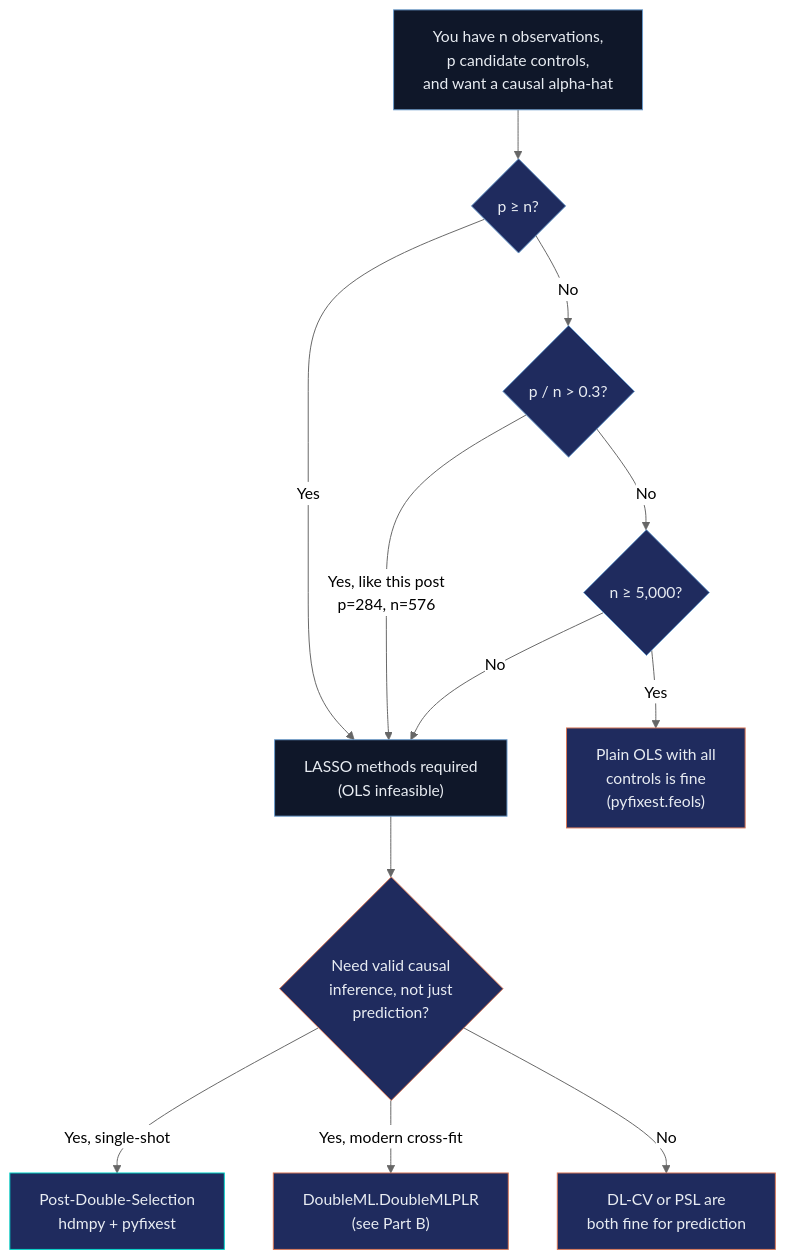
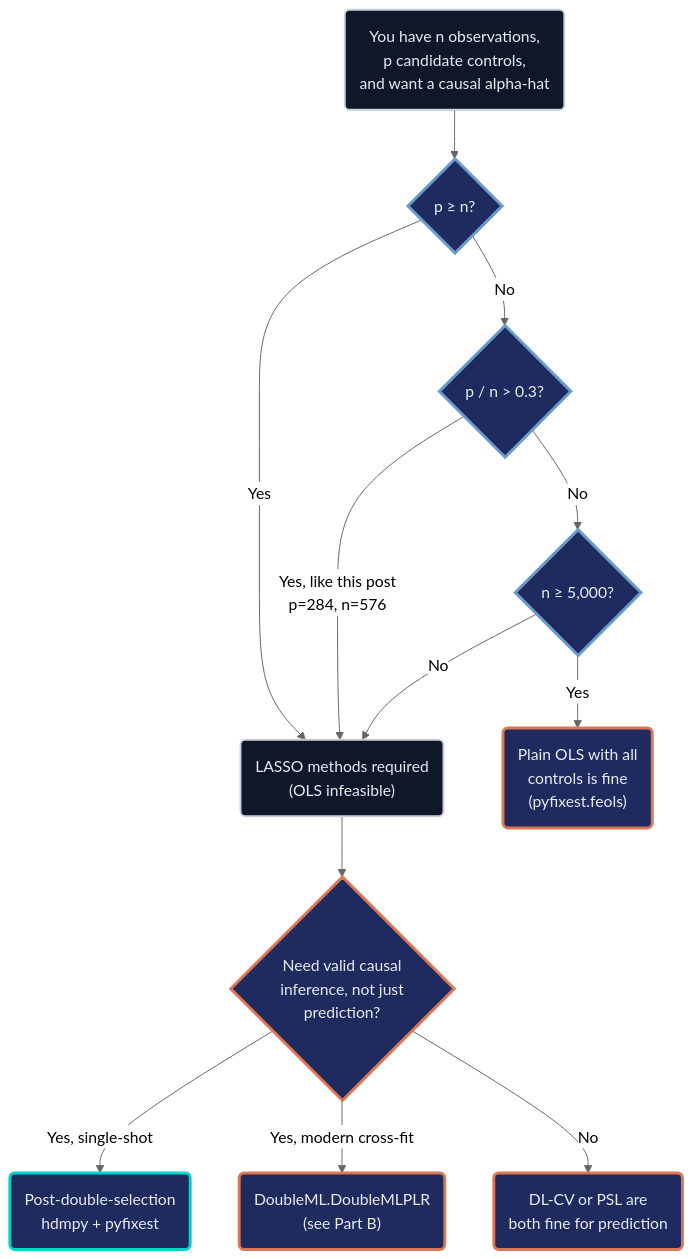
Before and after one commit to cmg777/starter-academic-v501: the second of 2 diagrams in content/post/python_double_lasso/index.md, drawn with Mermaid (neutral theme). The commit also changed other lines of this file and 16 other files, not shown here.

First line of the commit message:
content(mermaid): restyle flowcharts in Python posts, batch 1 of 2

````diff
--- a/content/post/python_double_lasso/index.md
+++ b/content/post/python_double_lasso/index.md
@@ -464,28 +464,28 @@
 ```mermaid
 flowchart TD
-    Start["You have n observations,<br/>p candidate controls,<br/>and want a causal alpha-hat"] --> Q1{"p &ge; n?"}
-    Q1 -->|Yes| L["LASSO methods required<br/>(OLS infeasible)"]
+    Start("You have n observations,<br/>p candidate controls,<br/>and want a causal alpha-hat") --> Q1{"p &ge; n?"}
+    Q1 -->|Yes| L("LASSO methods required<br/>(OLS infeasible)")
     Q1 -->|No| Q2{"p / n &gt; 0.3?"}
     Q2 -->|Yes, like this post<br/>p=284, n=576| L
     Q2 -->|No| Q3{"n &ge; 5,000?"}
-    Q3 -->|Yes| O["Plain OLS with all<br/>controls is fine<br/>(pyfixest.feols)"]
+    Q3 -->|Yes| O("Plain OLS with all<br/>controls is fine<br/>(pyfixest.feols)")
     Q3 -->|No| L
     L --> Q4{"Need valid causal<br/>inference, not just<br/>prediction?"}
-    Q4 -->|Yes, single-shot| DL["Post-Double-Selection<br/>hdmpy + pyfixest"]
-    Q4 -->|Yes, modern cross-fit| DML["DoubleML.DoubleMLPLR<br/>(see Part B)"]
-    Q4 -->|No| Pred["DL-CV or PSL are<br/>both fine for prediction"]
-    style Start fill:#0f1729,stroke:#6a9bcc,color:#e8ecf2
-    style DL fill:#1f2b5e,stroke:#00d4c8,color:#e8ecf2
-    style DML fill:#1f2b5e,stroke:#d97757,color:#e8ecf2
-    style Pred fill:#1f2b5e,stroke:#d97757,color:#e8ecf2
-    style O fill:#1f2b5e,stroke:#d97757,color:#e8ecf2
-    style L fill:#0f1729,stroke:#6a9bcc,color:#e8ecf2
-    classDef sty_Q1 fill:#1f2b5e,stroke:#6a9bcc,color:#e8ecf2
+    Q4 -->|Yes, single-shot| DL("Post-double-selection<br/>hdmpy + pyfixest")
+    Q4 -->|Yes, modern cross-fit| DML("DoubleML.DoubleMLPLR<br/>(see Part B)")
+    Q4 -->|No| Pred("DL-CV or PSL are<br/>both fine for prediction")
+    classDef sty_Q1 fill:#1f2b5e,stroke:#6a9bcc,stroke-width:3px,color:#e8ecf2
     class Q1 sty_Q1
-    classDef sty_Q2 fill:#1f2b5e,stroke:#6a9bcc,color:#e8ecf2
+    classDef sty_Q2 fill:#1f2b5e,stroke:#6a9bcc,stroke-width:3px,color:#e8ecf2
     class Q2 sty_Q2
-    classDef sty_Q3 fill:#1f2b5e,stroke:#6a9bcc,color:#e8ecf2
+    classDef sty_Q3 fill:#1f2b5e,stroke:#6a9bcc,stroke-width:3px,color:#e8ecf2
     class Q3 sty_Q3
-    classDef sty_Q4 fill:#1f2b5e,stroke:#d97757,color:#e8ecf2
+    classDef sty_Q4 fill:#1f2b5e,stroke:#d97757,stroke-width:3px,color:#e8ecf2
     class Q4 sty_Q4
+    classDef anchor fill:#0f1729,stroke:#c8d0e0,stroke-width:2px,color:#e8ecf2
+    classDef orange fill:#1f2b5e,stroke:#d97757,stroke-width:3px,color:#e8ecf2
+    classDef teal fill:#1f2b5e,stroke:#00d4c8,stroke-width:3px,color:#e8ecf2
+    class Start,L anchor
+    class O,DML,Pred orange
+    class DL teal
 ```
````
